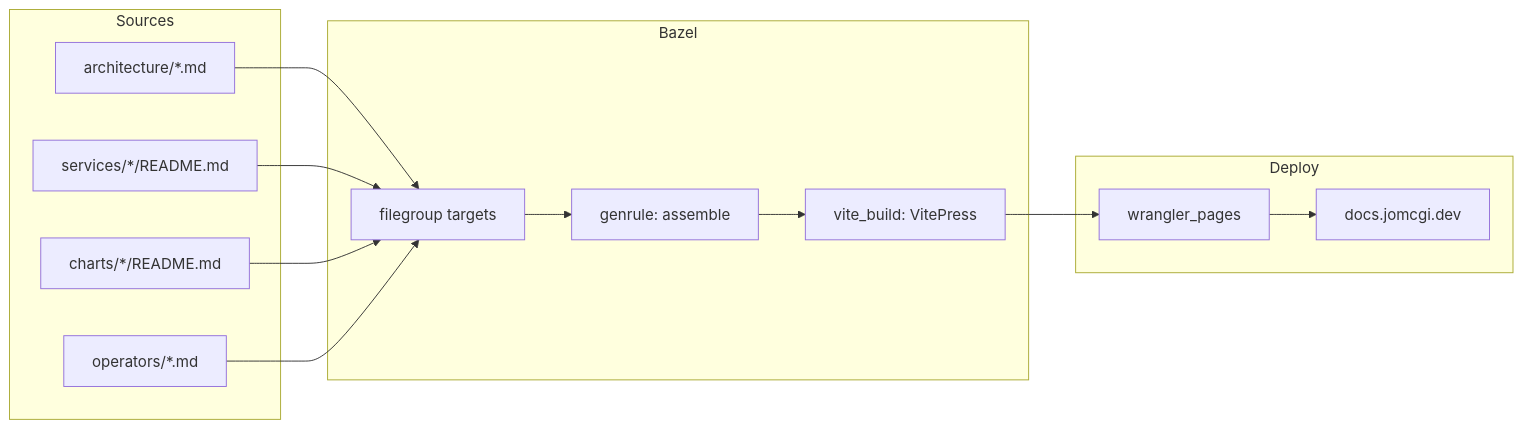
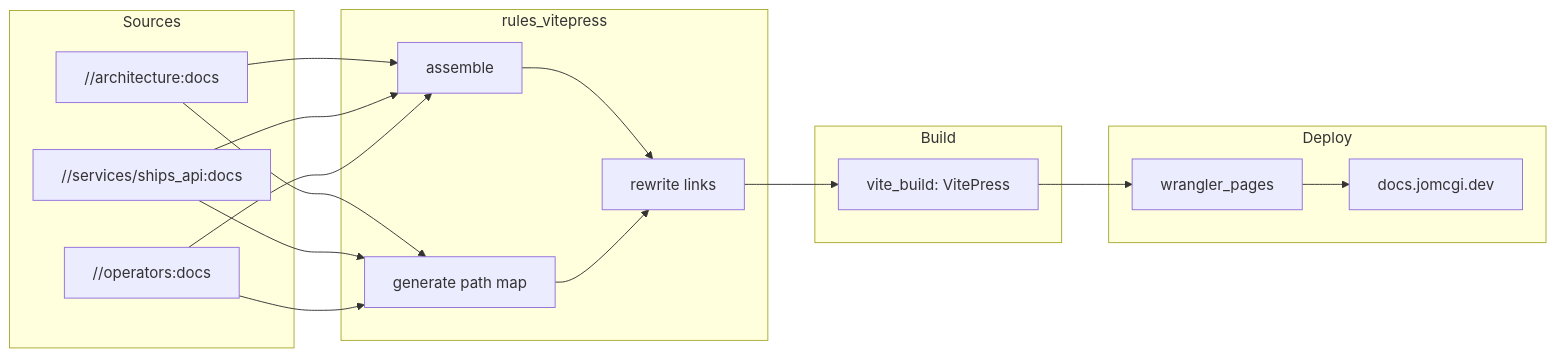
One commit to jomcgi/homelab changed the diagram in architecture/decisions/docs/001-static-docs-site.md. Above: the diagram before and after it, drawn with Mermaid. The commit also changed other lines of this file, not shown here.

First line of the commit message:
docs(adr): replace genrule with rules_vitepress design

````diff
--- a/architecture/decisions/docs/001-static-docs-site.md
+++ b/architecture/decisions/docs/001-static-docs-site.md
@@ -79,23 +192,27 @@
 ```mermaid
 graph LR
     subgraph Sources
-        A[architecture/*.md]
-        B[services/*/README.md]
-        C[charts/*/README.md]
-        D[operators/*.md]
+        A["//architecture:docs"]
+        B["//services/ships_api:docs"]
+        C["//operators:docs"]
     end
 
-    subgraph Bazel
-        F[filegroup targets]
-        G[genrule: assemble]
-        H[vite_build: VitePress]
+    subgraph rules_vitepress
+        D[assemble]
+        E[generate path map]
+        F[rewrite links]
+    end
+
+    subgraph Build
+        G[vite_build: VitePress]
     end
 
     subgraph Deploy
-        I[wrangler_pages]
-        J[docs.jomcgi.dev]
+        H[wrangler_pages]
+        I[docs.jomcgi.dev]
     end
 
-    A & B & C & D --> F
-    F --> G --> H --> I --> J
+    A & B & C --> D
+    A & B & C --> E
+    D & E --> F --> G --> H --> I
 ```
````
